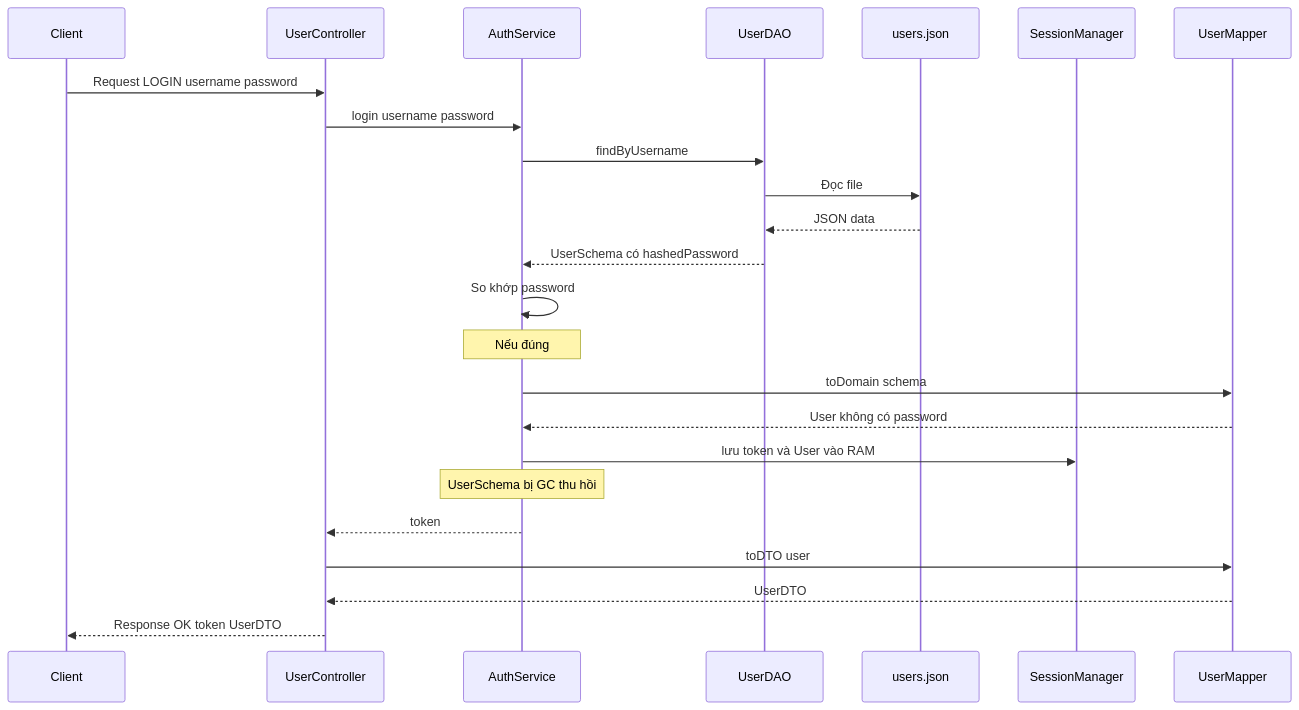
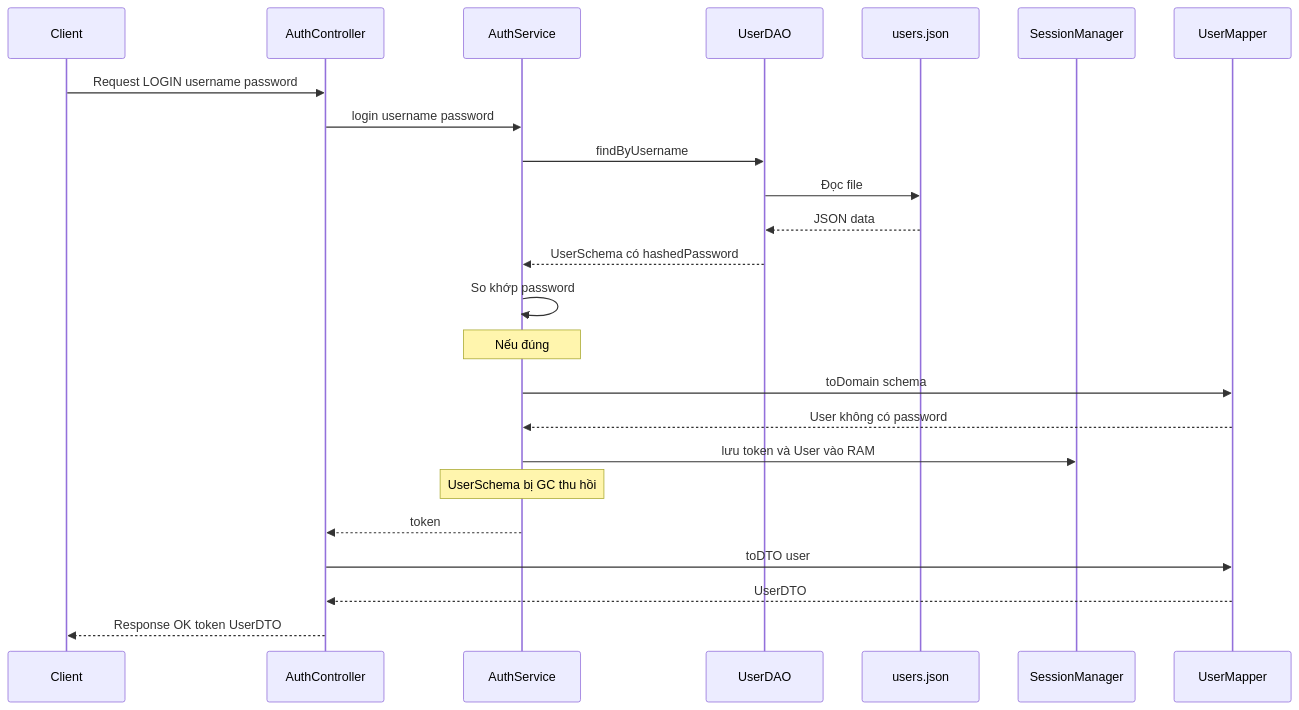
The second of 4 diagrams in docs/server_architecture_overhaul.md (iTCuong090/AuctionUET), drawn with Mermaid before and after one commit. The commit also changed other lines of this file and 107 other files, not shown here.

````diff
--- a/docs/server_architecture_overhaul.md
+++ b/docs/server_architecture_overhaul.md
@@ -462,27 +464,27 @@
 ```mermaid
 sequenceDiagram
     participant C as Client
-    participant Ctrl as UserController
+    participant Ctrl as AuthController
     participant Auth as AuthService
     participant DAO as UserDAO
     participant JSON as users.json
     participant SM as SessionManager
     participant Map as UserMapper
 
     C->>Ctrl: Request LOGIN username password
     Ctrl->>Auth: login username password
     Auth->>DAO: findByUsername
     DAO->>JSON: Đọc file
     JSON-->>DAO: JSON data
     DAO-->>Auth: UserSchema có hashedPassword
     Auth->>Auth: So khớp password
     Note over Auth: Nếu đúng
     Auth->>Map: toDomain schema
     Map-->>Auth: User không có password
     Auth->>SM: lưu token và User vào RAM
     Note over Auth: UserSchema bị GC thu hồi
     Auth-->>Ctrl: token
     Ctrl->>Map: toDTO user
     Map-->>Ctrl: UserDTO
     Ctrl-->>C: Response OK token UserDTO
 ```
````
